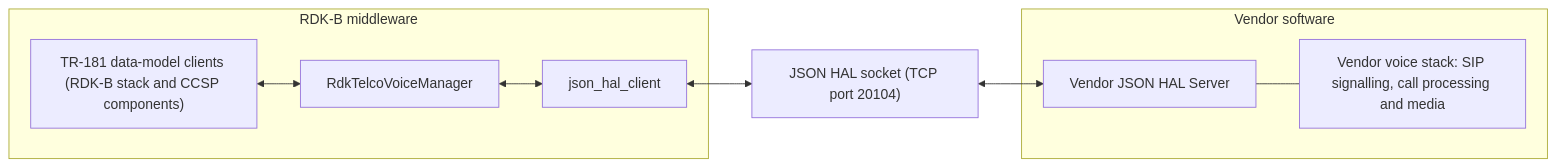
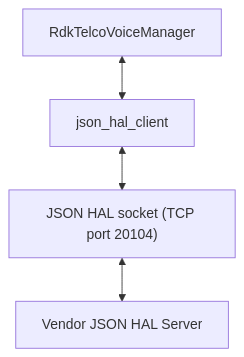
The first of 2 diagrams in README.md (Blitzy-Sky/telco-voice-manager), drawn with Mermaid before and after one commit. The commit also changed other lines of this file and 2 other files, not shown here.

First line of the commit message:
docs: align the Telco Voice JSON HAL documentation with its sibling managers

````diff
--- a/README.md
+++ b/README.md
@@ -34,18 +34,6 @@
 ```mermaid
-graph LR
-    subgraph rdkb["RDK-B middleware"]
-        Stack["TR-181 data-model clients (RDK-B stack and CCSP components)"]
-        Mgr["RdkTelcoVoiceManager"]
-        Cli["json_hal_client"]
-    end
-    Socket["JSON HAL socket (TCP port 20104)"]
-    subgraph vendor["Vendor software"]
-        Server["Vendor JSON HAL Server"]
-        Media["Vendor voice stack: SIP signalling, call processing and media"]
-    end
-    Stack <--> Mgr
-    Mgr <--> Cli
-    Cli <--> Socket
-    Socket <--> Server
-    Server --- Media
+flowchart TD
+    Mgr["RdkTelcoVoiceManager"] <--> Cli["json_hal_client"]
+    Cli <--> Socket["JSON HAL socket (TCP port 20104)"]
+    Socket <--> Srv["Vendor JSON HAL Server"]
 ```
````
